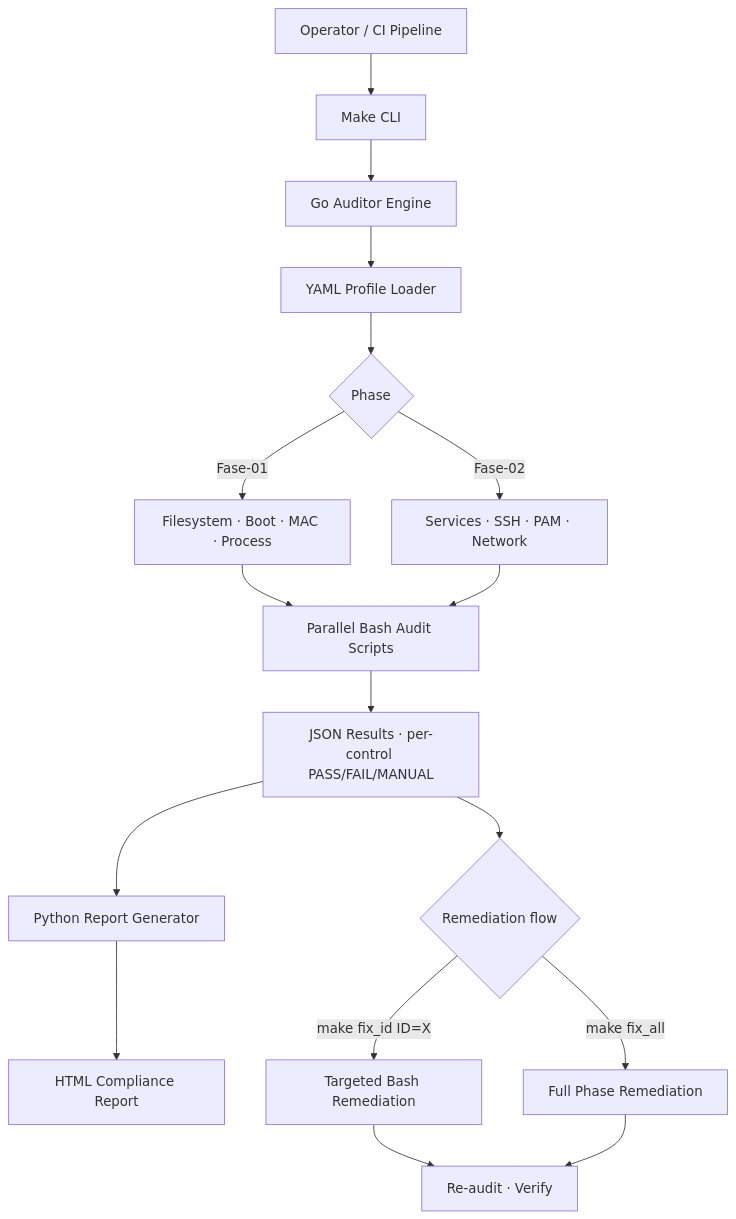
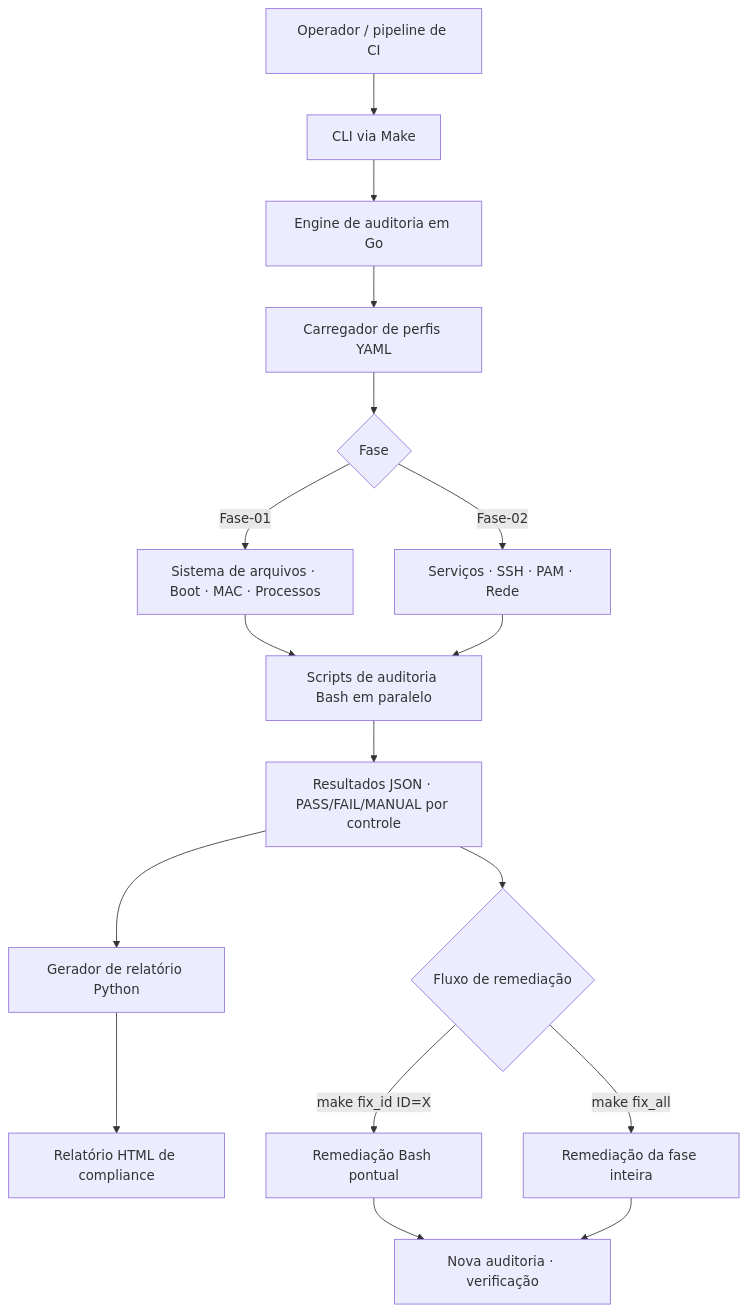
The diagram in src/content/projects/pt/cis-auditor.mdx (CHDevSec/portfolio), drawn with Mermaid before and after one commit. The commit also changed other lines of this file and 169 other files, not shown here.

````diff
--- a/src/content/projects/pt/cis-auditor.mdx
+++ b/src/content/projects/pt/cis-auditor.mdx
@@ -51,24 +71,24 @@
 ```mermaid
 flowchart TB
-    A[Operator / CI Pipeline] --> B[Make CLI]
-    B --> C[Go Auditor Engine]
-    C --> D[YAML Profile Loader]
+    A[Operador / pipeline de CI] --> B[CLI via Make]
+    B --> C[Engine de auditoria em Go]
+    C --> D[Carregador de perfis YAML]
 
-    D --> E{Phase}
-    E -->|Fase-01| F[Filesystem · Boot · MAC · Process]
-    E -->|Fase-02| G[Services · SSH · PAM · Network]
+    D --> E{Fase}
+    E -->|Fase-01| F[Sistema de arquivos · Boot · MAC · Processos]
+    E -->|Fase-02| G[Serviços · SSH · PAM · Rede]
 
-    F --> H[Parallel Bash Audit Scripts]
+    F --> H[Scripts de auditoria Bash em paralelo]
     G --> H
 
-    H --> I[JSON Results · per-control PASS/FAIL/MANUAL]
+    H --> I[Resultados JSON · PASS/FAIL/MANUAL por controle]
 
-    I --> J[Python Report Generator]
-    J --> K[HTML Compliance Report]
+    I --> J[Gerador de relatório Python]
+    J --> K[Relatório HTML de compliance]
 
-    I --> L{Remediation flow}
-    L -->|make fix_id ID=X| M[Targeted Bash Remediation]
-    L -->|make fix_all| N[Full Phase Remediation]
-    M --> O[Re-audit · Verify]
+    I --> L{Fluxo de remediação}
+    L -->|make fix_id ID=X| M[Remediação Bash pontual]
+    L -->|make fix_all| N[Remediação da fase inteira]
+    M --> O[Nova auditoria · verificação]
     N --> O
 ```
````
